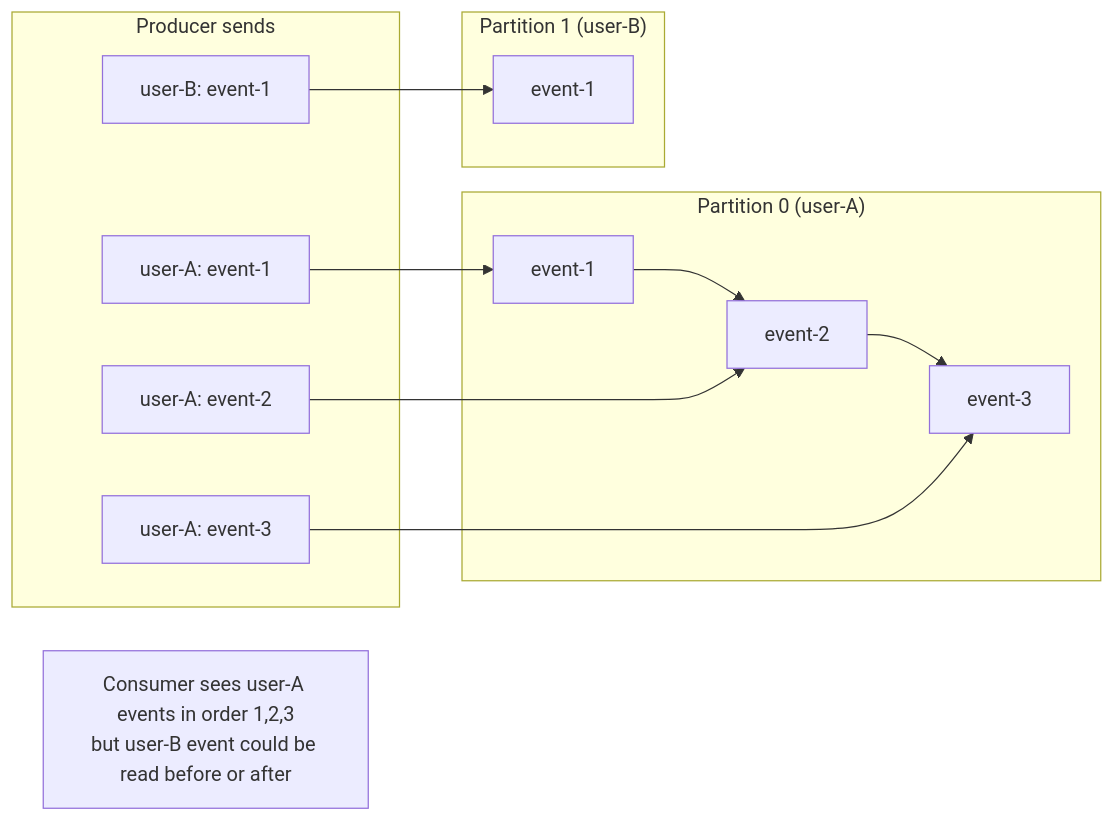
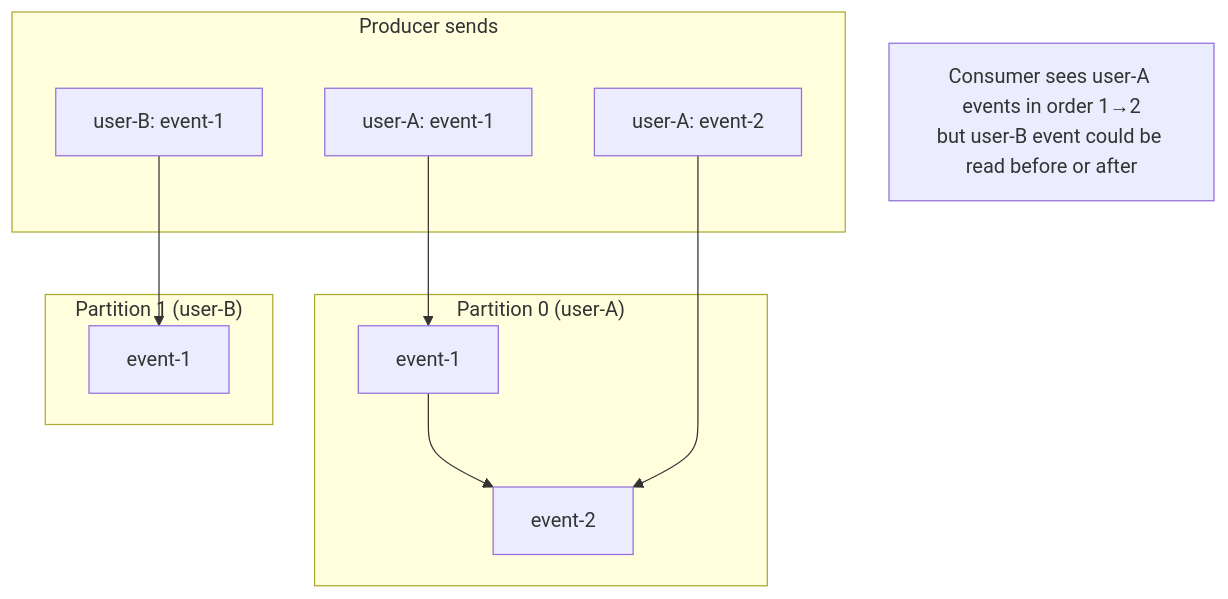
One commit to ae-lexs/system_design changed the fourth of 8 diagrams in DD_KAFKA_ARCHITECTURE.md. Above: the diagram before and after it, drawn with Mermaid. The commit also changed other lines of this file and 23 other files, not shown here.

````diff
--- a/DD_KAFKA_ARCHITECTURE.md
+++ b/DD_KAFKA_ARCHITECTURE.md
@@ -367,24 +415,22 @@
 ```mermaid
-flowchart LR
+flowchart TB
     subgraph "Producer sends"
         E1["user-A: event-1"]
         E2["user-B: event-1"]
         E3["user-A: event-2"]
-        E4["user-A: event-3"]
     end
 
     subgraph "Partition 0 (user-A)"
-        PA1["event-1"] --> PA2["event-2"] --> PA3["event-3"]
+        P0E1["event-1"] --> P0E2["event-2"]
     end
 
     subgraph "Partition 1 (user-B)"
-        PB1["event-1"]
+        P1E1["event-1"]
     end
 
-    E1 --> PA1
-    E3 --> PA2
-    E4 --> PA3
-    E2 --> PB1
+    E1 --> P0E1
+    E3 --> P0E2
+    E2 --> P1E1
 
-    NOTE["Consumer sees user-A events in order 1,2,3<br/>but user-B event could be read before or after"]
+    NOTE["Consumer sees user-A events in order 1→2<br/>but user-B event could be read before or after"]
 ```
````
